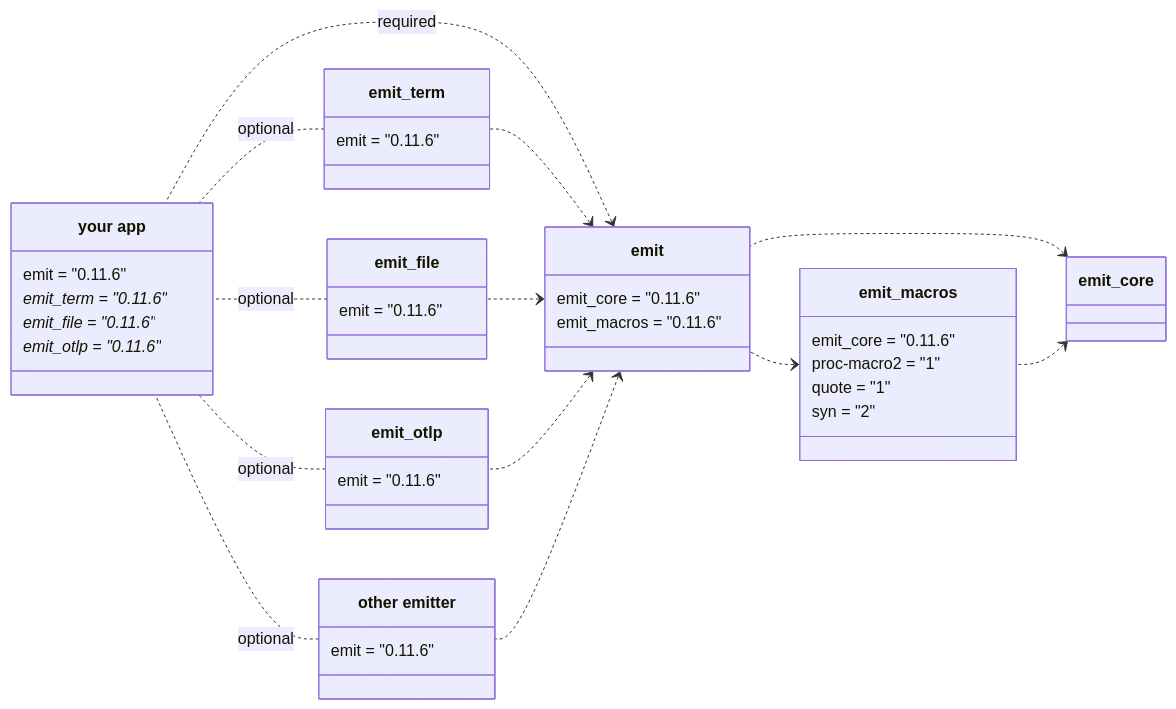
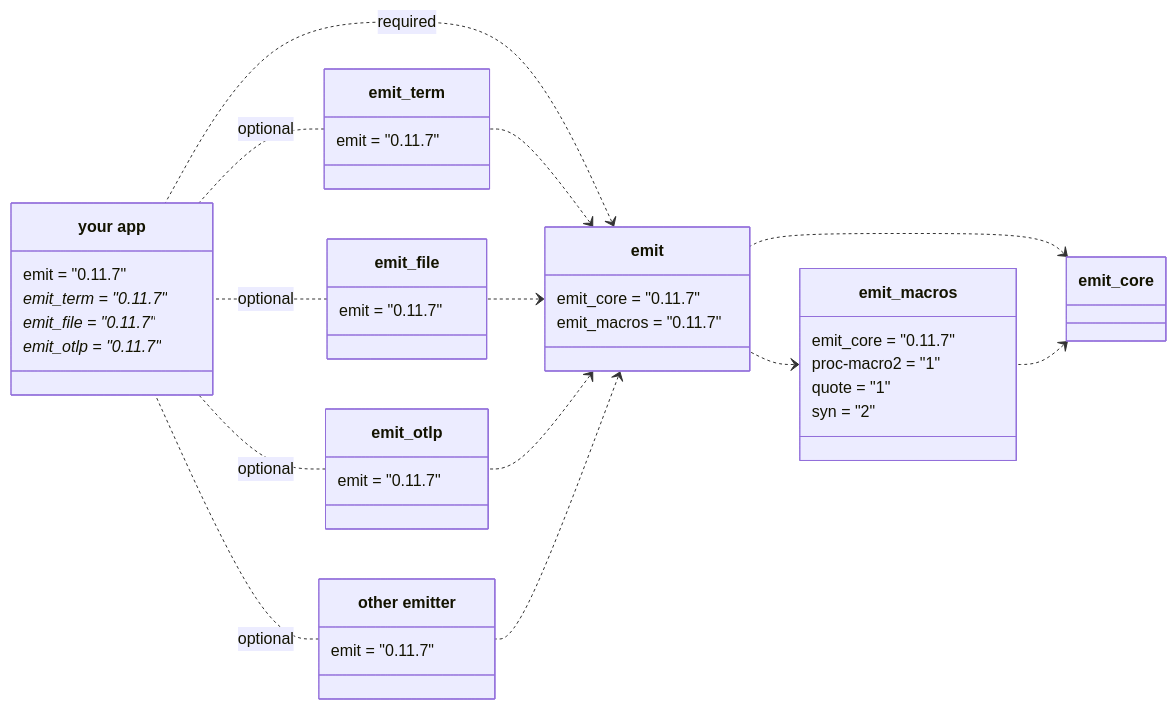
The first of 5 diagrams in book/src/reference/architecture.md (emit-rs/emit), drawn with Mermaid before and after one commit. The commit also changed other lines of this file and 58 other files, not shown here.

````diff
--- a/book/src/reference/architecture.md
+++ b/book/src/reference/architecture.md
@@ -9,62 +9,62 @@
 ```mermaid
 classDiagram
     direction RL
     
     emit_core <.. emit_macros
     emit_core <.. emit
     emit_macros <.. emit
 
     class emit_macros {
-        emit_core = "0.11.6"
+        emit_core = "0.11.7"
         proc-macro2 = "1"
         quote = "1"
         syn = "2"
     }
 
     emit <.. emit_term
     emit <.. emit_file
     emit <.. emit_otlp
     emit <.. emit_custom
 
     emit <.. app : required
 
     class emit {
-        emit_core = "0.11.6"
-        emit_macros = "0.11.6"
+        emit_core = "0.11.7"
+        emit_macros = "0.11.7"
     }
 
     emit_term .. app : optional
     emit_file .. app : optional
     emit_otlp .. app : optional
     emit_custom .. app : optional
 
     class emit_term {
-        emit = "0.11.6"
+        emit = "0.11.7"
     }
 
     class emit_file {
-        emit = "0.11.6"
+        emit = "0.11.7"
     }
 
     class emit_otlp {
-        emit = "0.11.6"
+        emit = "0.11.7"
     }
 
     class emit_custom["other emitter"] {
-        emit = "0.11.6"
+        emit = "0.11.7"
     }
 
     class app["your app"] {
-        emit = "0.11.6"
-        emit_term = "0.11.6"*
-        emit_file = "0.11.6"*
-        emit_otlp = "0.11.6"*
+        emit = "0.11.7"
+        emit_term = "0.11.7"*
+        emit_file = "0.11.7"*
+        emit_otlp = "0.11.7"*
     }
 
-    click emit_core href "https://docs.rs/emit_core/0.11.6/emit_core/index.html"
-    click emit_macros href "https://docs.rs/emit_macros/0.11.6/emit_macros/index.html"
-    click emit href "https://docs.rs/emit/0.11.6/emit/index.html"
-    click emit_term href "https://docs.rs/emit_term/0.11.6/emit_term/index.html"
-    click emit_file href "https://docs.rs/emit_file/0.11.6/emit_file/index.html"
-    click emit_otlp href "https://docs.rs/emit_otlp/0.11.6/emit_otlp/index.html"
+    click emit_core href "https://docs.rs/emit_core/0.11.7/emit_core/index.html"
+    click emit_macros href "https://docs.rs/emit_macros/0.11.7/emit_macros/index.html"
+    click emit href "https://docs.rs/emit/0.11.7/emit/index.html"
+    click emit_term href "https://docs.rs/emit_term/0.11.7/emit_term/index.html"
+    click emit_file href "https://docs.rs/emit_file/0.11.7/emit_file/index.html"
+    click emit_otlp href "https://docs.rs/emit_otlp/0.11.7/emit_otlp/index.html"
 ```
````
